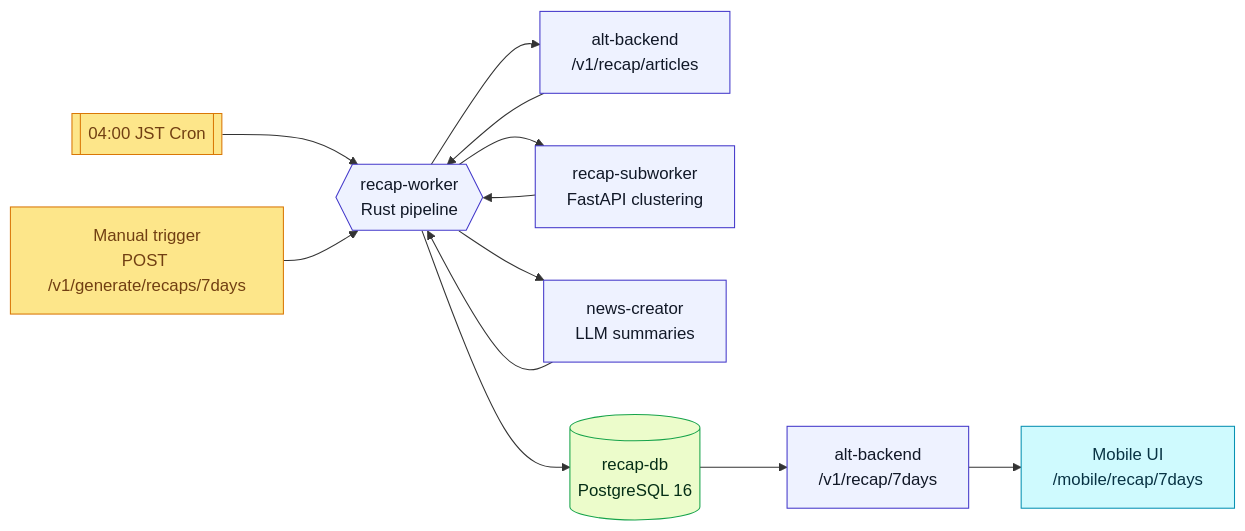
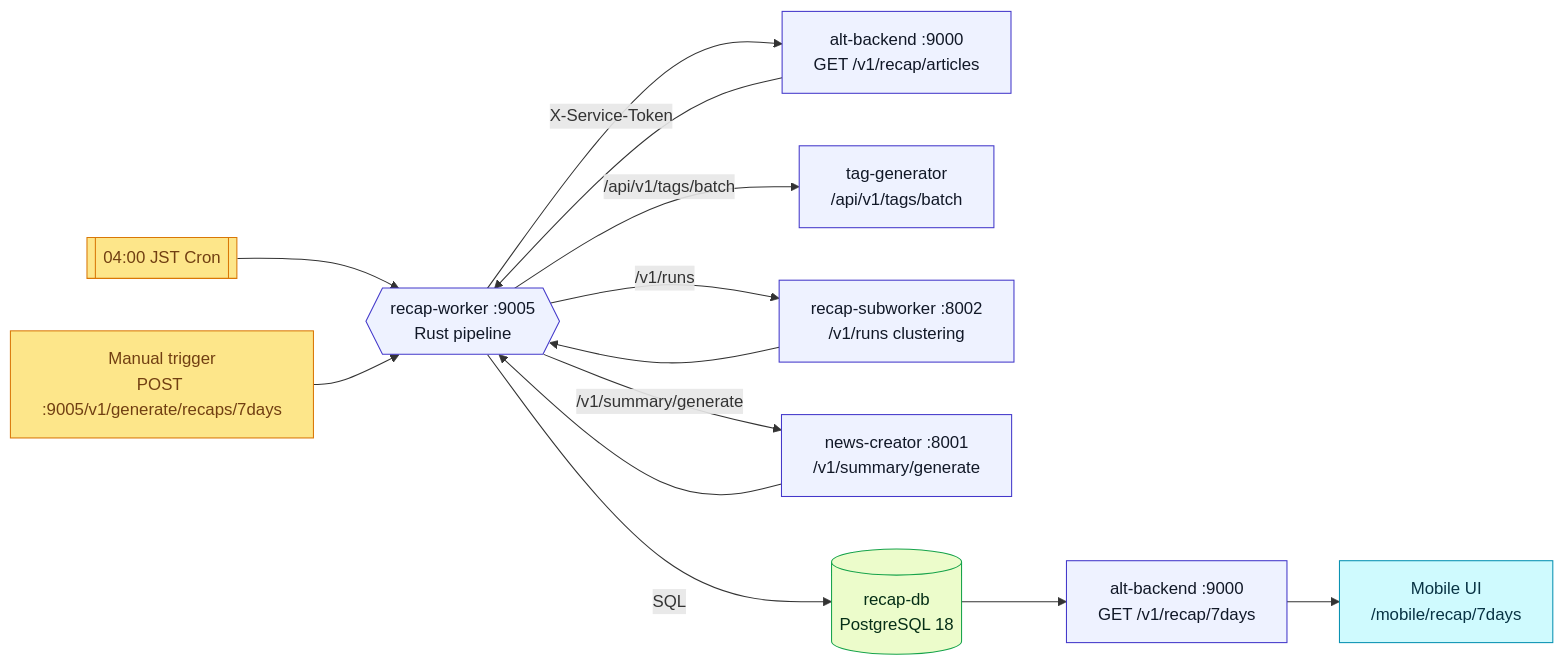
The eighth of 9 diagrams in README.md (Kaikei-e/Alt), drawn with Mermaid before and after one commit. The commit also changed other lines of this file, not shown here.

First line of the commit message:
docs: Update README with service port details and API endpoints

````diff
--- a/README.md
+++ b/README.md
@@ -593,29 +626,31 @@
 ```mermaid
 flowchart LR
     classDef svc fill:#eef2ff,stroke:#4338ca,color:#111827
     classDef data fill:#ecfccb,stroke:#16a34a,color:#052e16
     classDef ui fill:#cffafe,stroke:#0891b2,color:#083344
     classDef ctrl fill:#fde68a,stroke:#d97706,color:#713f12
 
     Scheduler[[04:00 JST Cron]]:::ctrl
-    Admin[Manual trigger<br/>POST /v1/generate/recaps/7days]:::ctrl
-    Worker{{recap-worker<br/>Rust pipeline}}:::svc
-    AltAPI["alt-backend<br/>/v1/recap/articles"]:::svc
-    Subworker["recap-subworker<br/>FastAPI clustering"]:::svc
-    News["news-creator<br/>LLM summaries"]:::svc
-    RecapDB[(recap-db<br/>PostgreSQL 16)]:::data
-    BackendAPI["alt-backend<br/>/v1/recap/7days"]:::svc
+    Admin[Manual trigger<br/>POST :9005/v1/generate/recaps/7days]:::ctrl
+    Worker{{recap-worker :9005<br/>Rust pipeline}}:::svc
+    AltAPI["alt-backend :9000<br/>GET /v1/recap/articles"]:::svc
+    TagGen["tag-generator<br/>/api/v1/tags/batch"]:::svc
+    Subworker["recap-subworker :8002<br/>/v1/runs clustering"]:::svc
+    News["news-creator :8001<br/>/v1/summary/generate"]:::svc
+    RecapDB[(recap-db<br/>PostgreSQL 18)]:::data
+    BackendAPI["alt-backend :9000<br/>GET /v1/recap/7days"]:::svc
     Mobile["Mobile UI<br/>/mobile/recap/7days"]:::ui
 
     Scheduler --> Worker
     Admin --> Worker
-    Worker --> AltAPI
+    Worker -->|X-Service-Token| AltAPI
     AltAPI --> Worker
-    Worker --> Subworker
+    Worker -->|/api/v1/tags/batch| TagGen
+    Worker -->|/v1/runs| Subworker
     Subworker --> Worker
-    Worker --> News
+    Worker -->|/v1/summary/generate| News
     News --> Worker
-    Worker --> RecapDB
+    Worker -->|SQL| RecapDB
     RecapDB --> BackendAPI
     BackendAPI --> Mobile
 ```
````
